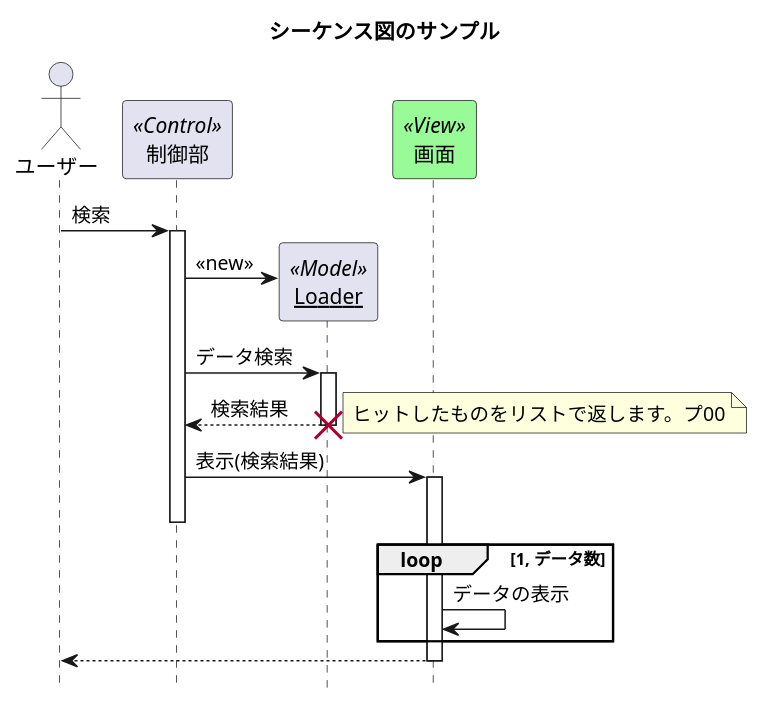
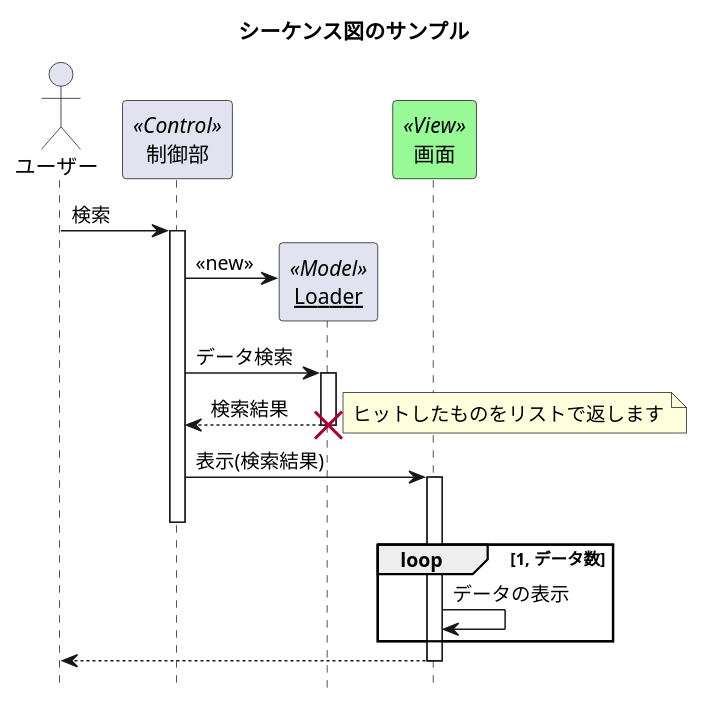
One commit to azarasi/asciidoctor-sample changed the second of 4 diagrams in sample/sample-diagram.adoc. Above: the diagram before and after it, drawn with PlantUML. The commit also changed other lines of this file and 3 other files, not shown here.

```diff
--- a/sample/sample-diagram.adoc
+++ b/sample/sample-diagram.adoc
@@ -175,37 +179,37 @@
 [plantuml,fig3-sequence,svg]
 ....
 @startuml
 skinparam {
   defaultFontName "mplus-1c-regular"
 }
 
 title シーケンス図のサンプル
 hide footbox
 
 actor ユーザー as user
 participant 制御部 as control <<Control>>
 participant "<u>Loader</u>" as model <<Model>>
 participant 画面 as view <<View>> #98FB98
 
 user -> control : 検索
 activate control
 create model
 control -> model : << new >>
 control -> model : データ検索
 activate model
 control <-- model : 検索結果
-note right : ヒットしたものをリストで返します。プ00
+note right : ヒットしたものをリストで返します
 deactivate model
 destroy model
 
 control -> view : 表示(検索結果)
 activate view
 deactivate control
 loop 1, データ数
   view -> view : データの表示
 end
 view --> user
 deactivate view
 
 @enduml
 ....
```
